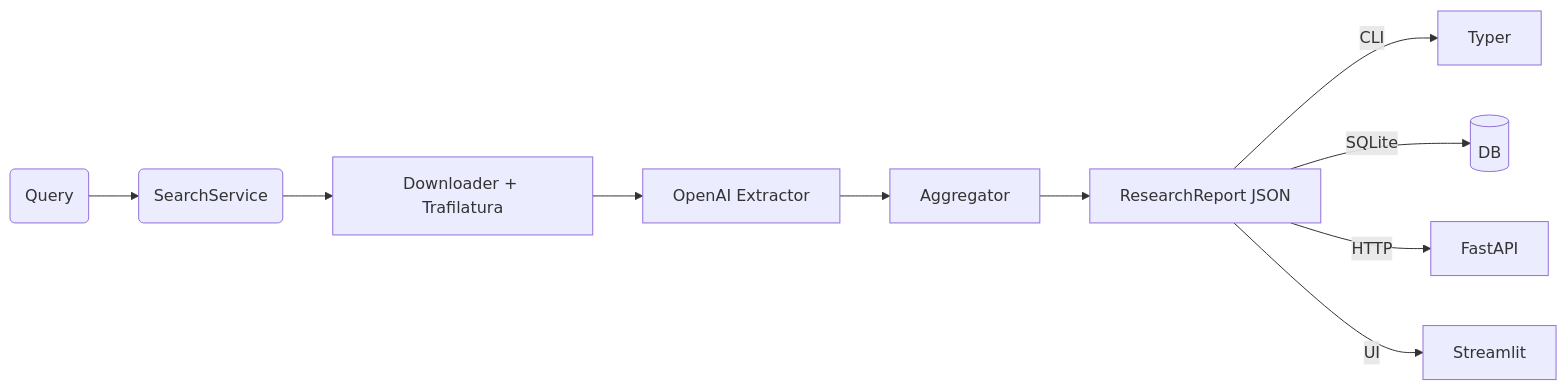
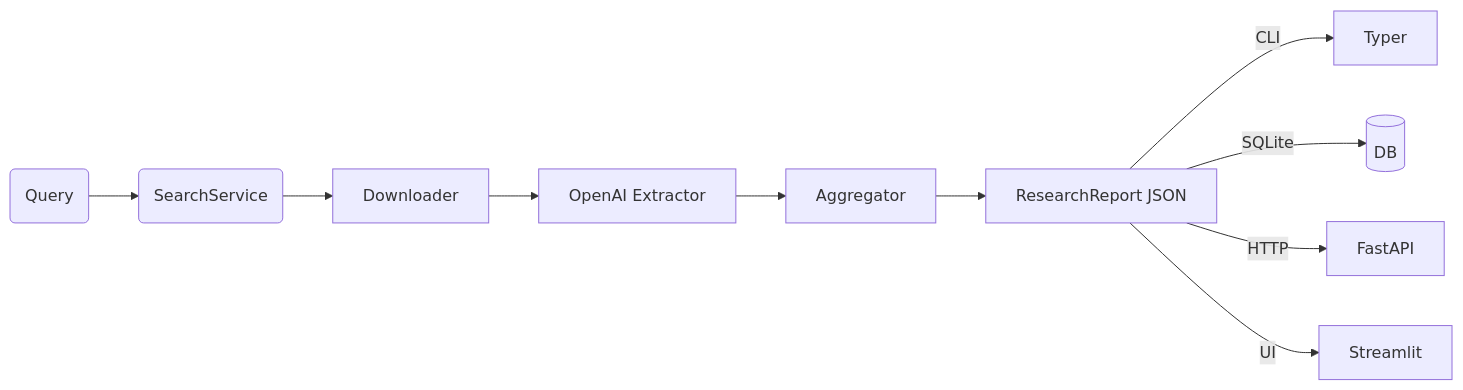
The diagram in README.md (amritkochar/GTMind), drawn with Mermaid before and after one commit. The commit also changed other lines of this file, not shown here.

````diff
--- a/README.md
+++ b/README.md
@@ -31,12 +26,12 @@
 ```mermaid
 flowchart LR
     Q(Query) --> S(SearchService)
-    S --> P[Downloader + Trafilatura]
+    S --> P[Downloader]
     P --> E[OpenAI Extractor]
     E --> A[Aggregator]
     A --> J[ResearchReport JSON]
     J -->|CLI| C[Typer]
     J -->|SQLite| D[(DB)]
     J -->|HTTP| F[FastAPI]
     J -->|UI| U[Streamlit]
 ```
````
